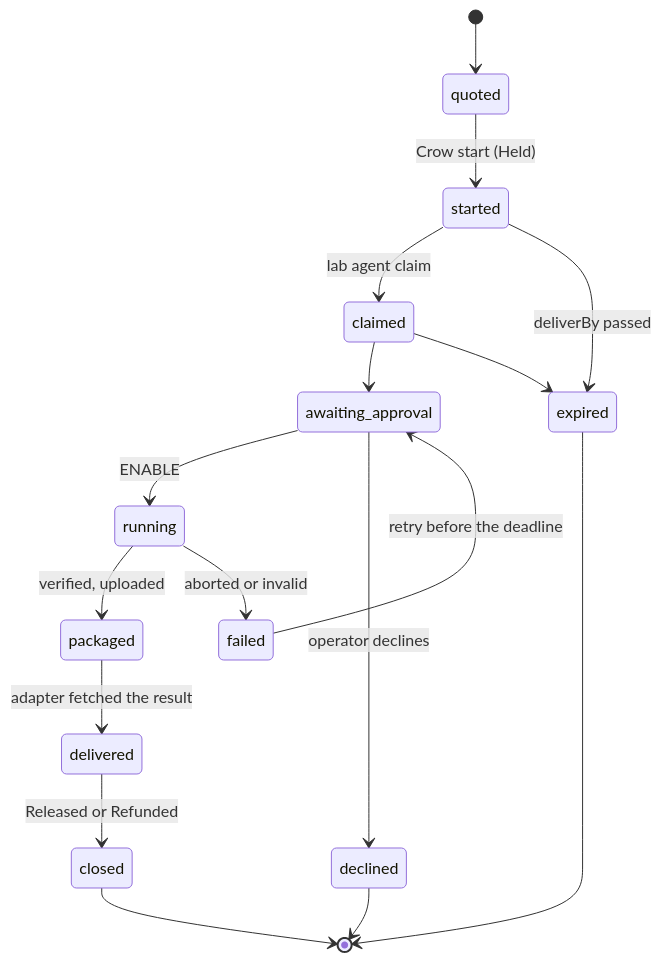
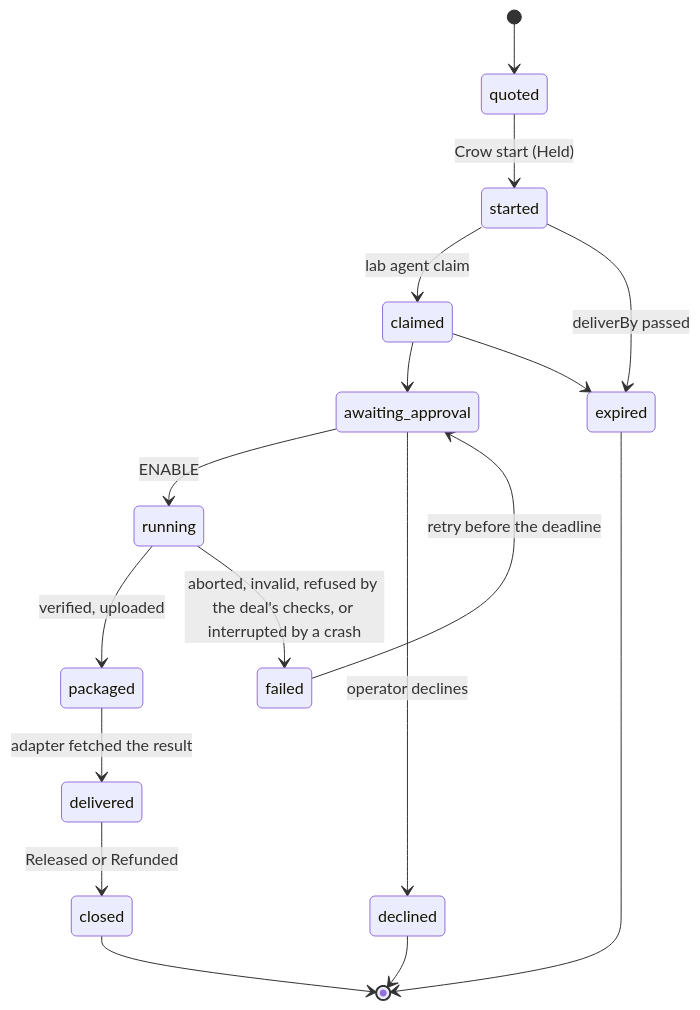
Before and after one commit to matteopiccadaci/roaas: the third of 3 diagrams in docs/ARCHITECTURE.md, drawn with Mermaid. The commit also changed other lines of this file and 20 other files, not shown here.

````diff
--- a/docs/ARCHITECTURE.md
+++ b/docs/ARCHITECTURE.md
@@ -355,19 +367,19 @@
 ```mermaid
 stateDiagram-v2
   [*] --> quoted
   quoted --> started: Crow start (Held)
   started --> claimed: lab agent claim
   claimed --> awaiting_approval
   awaiting_approval --> running: ENABLE
   awaiting_approval --> declined: operator declines
   running --> packaged: verified, uploaded
-  running --> failed: aborted or invalid
+  running --> failed: aborted, invalid, refused by the deal's checks, or interrupted by a crash
   failed --> awaiting_approval: retry before the deadline
   packaged --> delivered: adapter fetched the result
   delivered --> closed: Released or Refunded
   started --> expired: deliverBy passed
   claimed --> expired
   declined --> [*]
   expired --> [*]
   closed --> [*]
 ```
````
